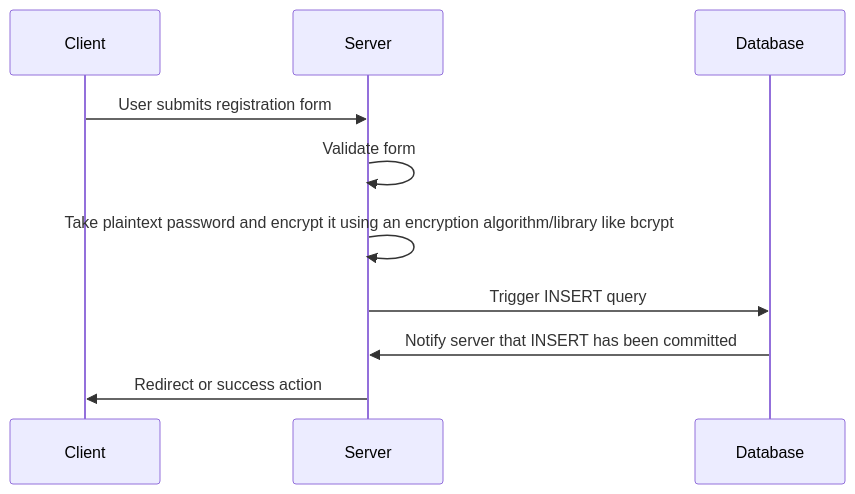
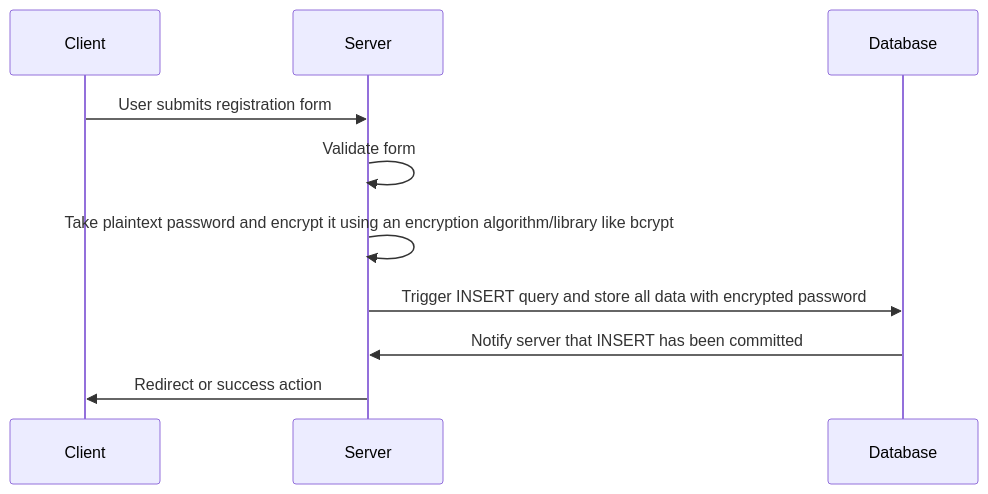
The first of 2 diagrams in README.md (Gudrum/flask_fun), drawn with Mermaid before and after one commit.

````diff
--- a/README.md
+++ b/README.md
@@ -6,9 +6,9 @@
 ```mermaid
 sequenceDiagram
   Client->>Server: User submits registration form
   Server->>Server: Validate form
   Server->>Server: Take plaintext password and encrypt it using an encryption algorithm/library like bcrypt
-  Server->>Database: Trigger INSERT query
+  Server->>Database: Trigger INSERT query and store all data with encrypted password
   Database->>Server: Notify server that INSERT has been committed
   Server->>Client: Redirect or success action
 ```
````
